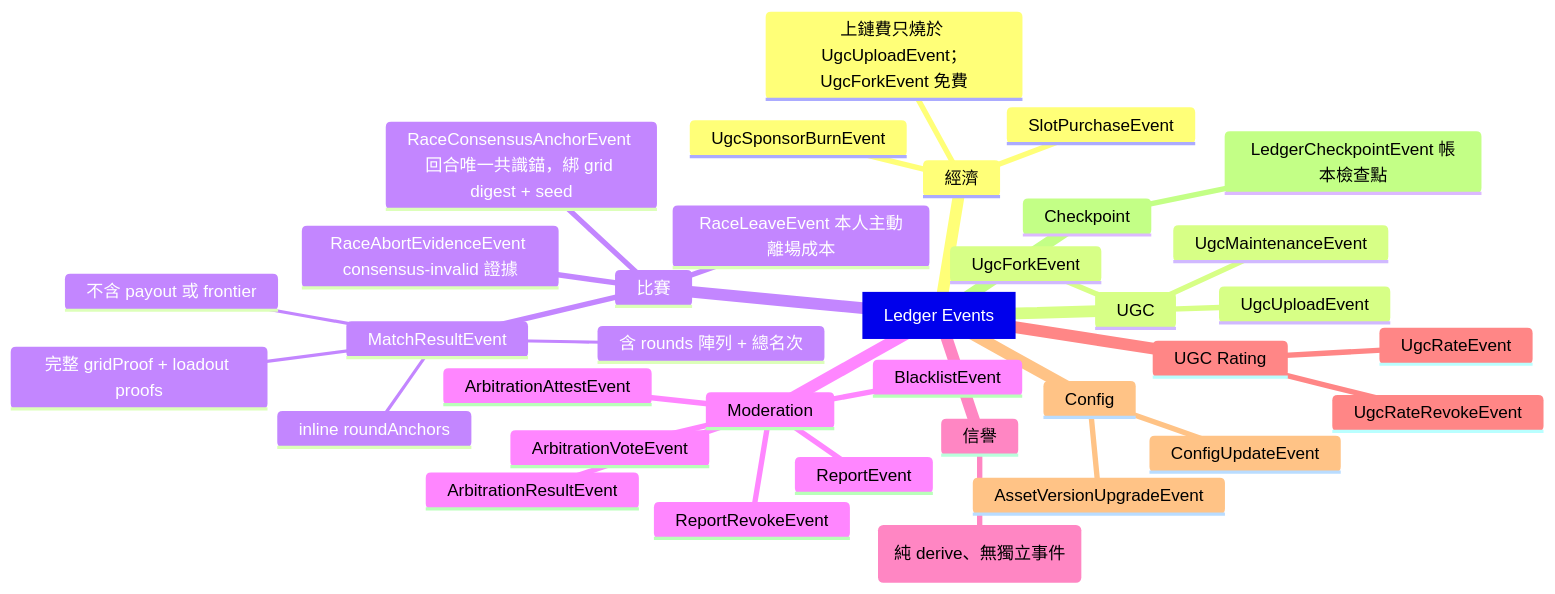
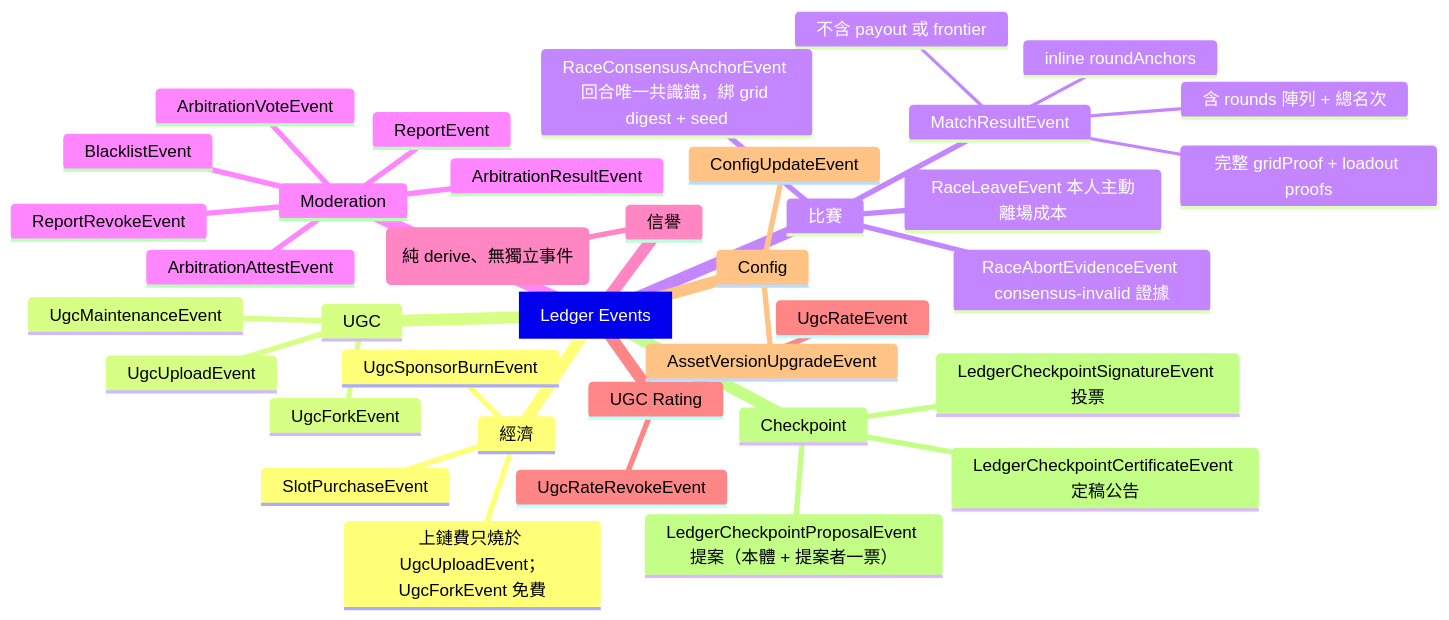
One commit to xjustloveux/open-4wd-specs changed the eighth of 8 diagrams in 程式架構/程式流程/ledger.md. Above: the diagram before and after it, drawn with Mermaid. The commit also changed other lines of this file and 29 other files, not shown here.

````diff
--- a/程式架構/程式流程/ledger.md
+++ b/程式架構/程式流程/ledger.md
@@ -184,38 +176,40 @@
 ```mermaid
 mindmap
   root[Ledger Events]
     經濟
       SlotPurchaseEvent
       UgcSponsorBurnEvent
       上鏈費只燒於 UgcUploadEvent；UgcForkEvent 免費
     UGC
       UgcUploadEvent
       UgcForkEvent
       UgcMaintenanceEvent
     比賽
       MatchResultEvent
         含 rounds 陣列 + 總名次
         完整 gridProof + loadout proofs
         inline roundAnchors
         不含 payout 或 frontier
       RaceConsensusAnchorEvent 回合唯一共識錨，綁 grid digest + seed
       RaceLeaveEvent 本人主動離場成本
       RaceAbortEvidenceEvent consensus-invalid 證據
     Moderation
       ReportEvent
       ReportRevokeEvent
       ArbitrationVoteEvent
       ArbitrationAttestEvent
       ArbitrationResultEvent
       BlacklistEvent
     信譽
       (純 derive、無獨立事件)
     UGC Rating
       UgcRateEvent
       UgcRateRevokeEvent
     Config
       ConfigUpdateEvent
       AssetVersionUpgradeEvent
     Checkpoint
-      LedgerCheckpointEvent 帳本檢查點
+      LedgerCheckpointProposalEvent 提案（本體 + 提案者一票）
+      LedgerCheckpointSignatureEvent 投票
+      LedgerCheckpointCertificateEvent 定稿公告
 ```
````
